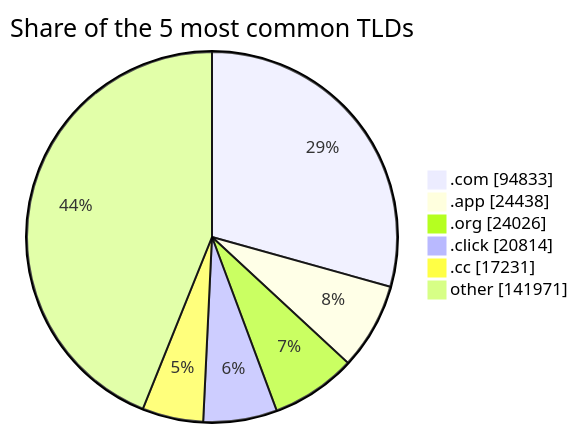
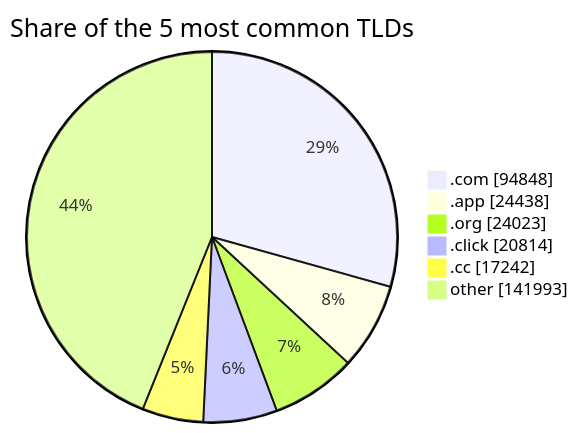
One commit to DNSBunker/CTI changed the third of 3 diagrams in README.md. Above: the diagram before and after it, drawn with Mermaid. The commit also changed other lines of this file and 4 other files, not shown here.

````diff
--- a/README.md
+++ b/README.md
@@ -81,9 +81,9 @@
 ```mermaid
 pie showData title Share of the 5 most common TLDs
-    ".com" : 94833
+    ".com" : 94848
     ".app" : 24438
-    ".org" : 24026
+    ".org" : 24023
     ".click" : 20814
-    ".cc" : 17231
-    "other" : 141971
+    ".cc" : 17242
+    "other" : 141993
 ```
````
